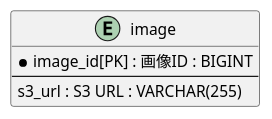
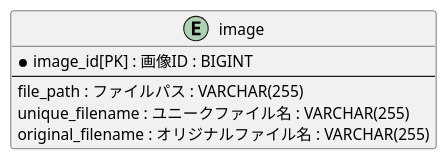
The diagram in docs/db/table/image.puml (takasumi-m/gallery-docs), drawn with PlantUML before and after one commit. The commit also changed 2 other files, not shown here.

```diff
--- a/docs/db/table/image.puml
+++ b/docs/db/table/image.puml
@@ -1,7 +1,9 @@
 @startuml image
 entity "image" {
   *image_id[PK] : 画像ID : BIGINT
   --
-  s3_url : S3 URL : VARCHAR(255)
+  file_path : ファイルパス : VARCHAR(255)
+  unique_filename : ユニークファイル名 : VARCHAR(255)
+  original_filename : オリジナルファイル名 : VARCHAR(255)
 }
 @enduml
```
